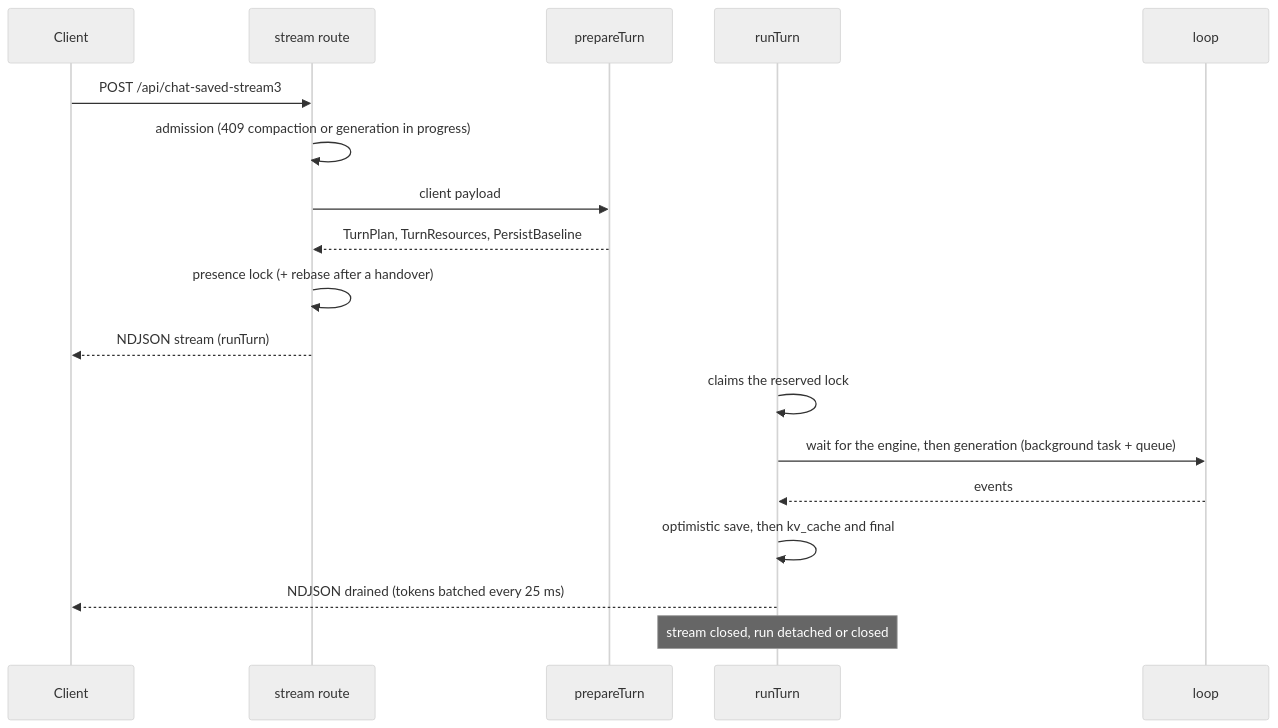
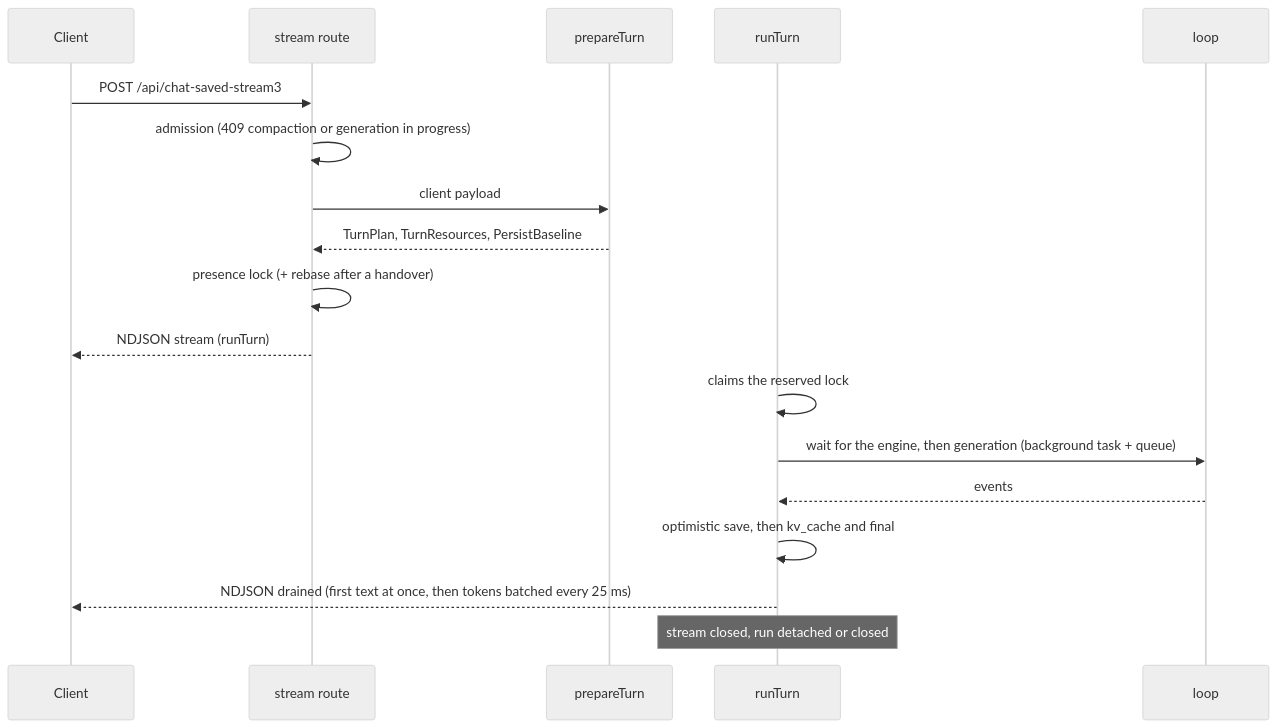
The seventh of 16 diagrams in docs/architecture.md (toto-fou/Elpis), drawn with Mermaid (neutral theme) before and after one commit. The commit also changed 2 other files, not shown here.

Commit message:
Core: the first reasoning and answer tokens skip the 25 ms batching
- The drain waited 25 ms after each token group to batch the next ones,
  including the very first: the first word reached the browser 25 ms after
  the engine sent it.
- The first group of each channel (thinking, content) leaves at once; the
  following ones are batched as before.

````diff
--- a/docs/architecture.md
+++ b/docs/architecture.md
@@ -759,20 +759,20 @@
 ```mermaid
 sequenceDiagram
     participant C as Client
     participant H as stream route
     participant P as prepareTurn
     participant R as runTurn
     participant B as loop
     C->>H: POST /api/chat-saved-stream3
     H->>H: admission (409 compaction or generation in progress)
     H->>P: client payload
     P-->>H: TurnPlan, TurnResources, PersistBaseline
     H->>H: presence lock (+ rebase after a handover)
     H-->>C: NDJSON stream (runTurn)
     R->>R: claims the reserved lock
     R->>B: wait for the engine, then generation (background task + queue)
     B-->>R: events
     R->>R: optimistic save, then kv_cache and final
-    R-->>C: NDJSON drained (tokens batched every 25 ms)
+    R-->>C: NDJSON drained (first text at once, then tokens batched every 25 ms)
     Note over R: stream closed, run detached or closed
 ```
````
